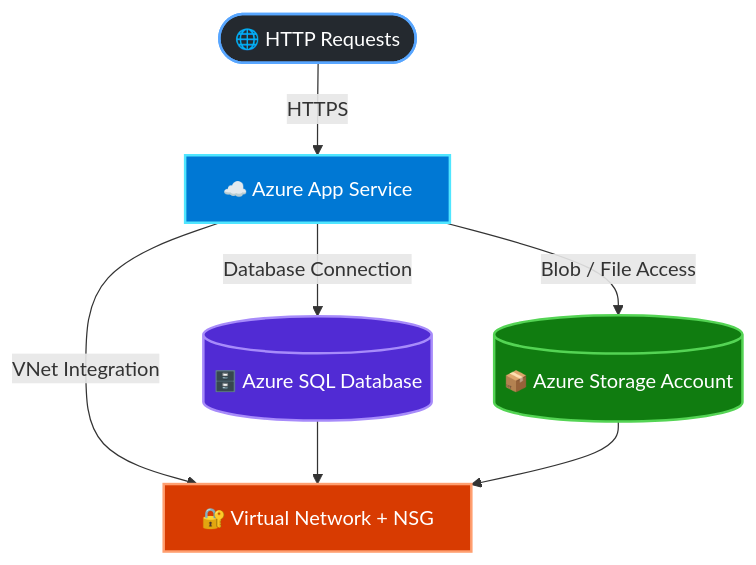
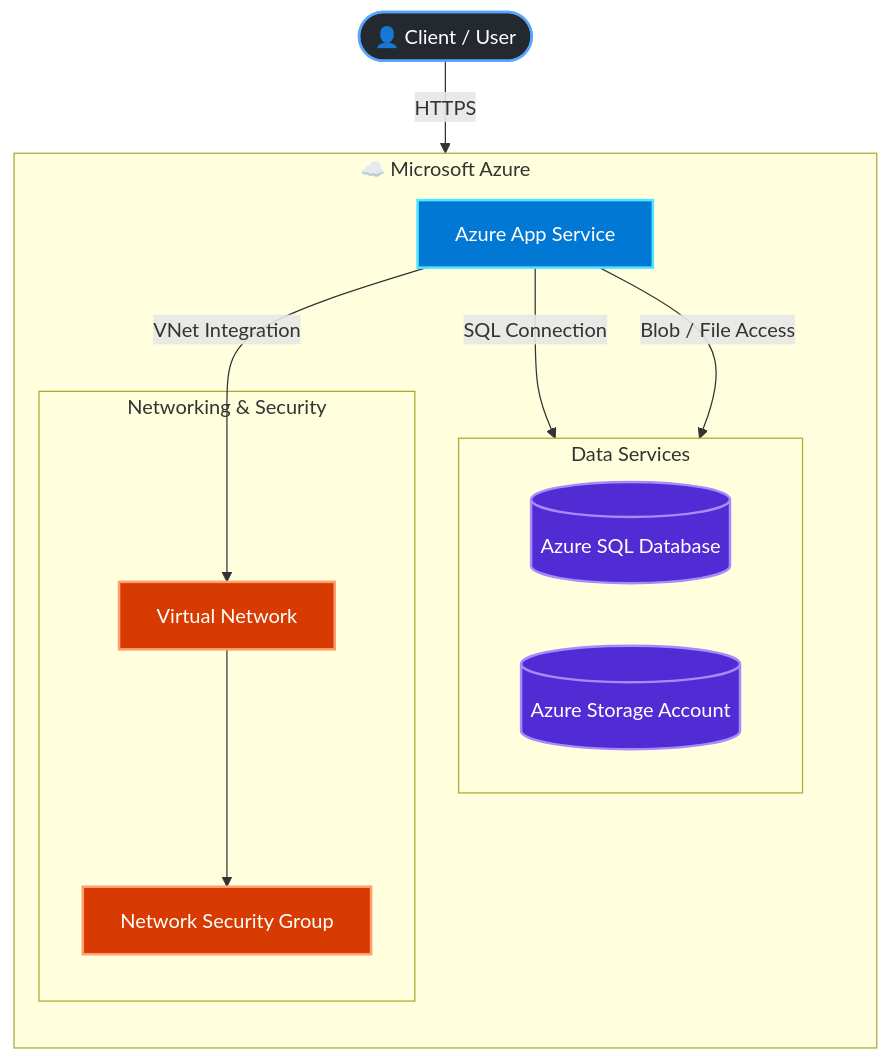
The diagram in README.md (boricua007/Azure-Deployment-Scripts), drawn with Mermaid before and after one commit.

Commit message:
Add architecture diagram with Mermaid

````diff
--- a/README.md
+++ b/README.md
@@ -18,31 +18,38 @@
 ```mermaid
 flowchart TB
 
-    %% Nodes
-    Client(["🌐 HTTP Requests"])
-    App["☁️ Azure App Service"]
-    SQL[("🗄️ Azure SQL Database")]
-    Storage[("📦 Azure Storage Account")]
-    Network["🔐 Virtual Network + NSG"]
+    User(["👤 Client / User"])
 
-    %% Connections
-    Client -->|HTTPS| App
-    App -->|Database Connection| SQL
+    subgraph Azure["☁️ Microsoft Azure"]
+        direction TB
+
+        App["Azure App Service"]
+
+        subgraph Data["Data Services"]
+            direction LR
+            SQL[("Azure SQL Database")]
+            Storage[("Azure Storage Account")]
+        end
+
+        subgraph Security["Networking & Security"]
+            VNet["Virtual Network"]
+            NSG["Network Security Group"]
+        end
+    end
+
+    User -->|HTTPS| App
+    App -->|SQL Connection| SQL
     App -->|Blob / File Access| Storage
-    App -->|VNet Integration| Network
-    SQL --> Network
-    Storage --> Network
+    App -->|VNet Integration| VNet
+    VNet --> NSG
 
-    %% Styling
-    classDef client fill:#24292f,stroke:#58a6ff,stroke-width:2px,color:#ffffff
-    classDef compute fill:#0078D4,stroke:#50e6ff,stroke-width:2px,color:#ffffff
-    classDef database fill:#512BD4,stroke:#a78bfa,stroke-width:2px,color:#ffffff
-    classDef storage fill:#107C10,stroke:#54d454,stroke-width:2px,color:#ffffff
-    classDef network fill:#D83B01,stroke:#ff9f70,stroke-width:2px,color:#ffffff
+    classDef user fill:#24292f,stroke:#58a6ff,stroke-width:2px,color:#ffffff
+    classDef app fill:#0078D4,stroke:#50e6ff,stroke-width:2px,color:#ffffff
+    classDef data fill:#512BD4,stroke:#a78bfa,stroke-width:2px,color:#ffffff
+    classDef security fill:#D83B01,stroke:#ff9f70,stroke-width:2px,color:#ffffff
 
-    class Client client
-    class App compute
-    class SQL database
-    class Storage storage
-    class Network network
+    class User user
+    class App app
+    class SQL,Storage data
+    class VNet,NSG security
 ```
````
